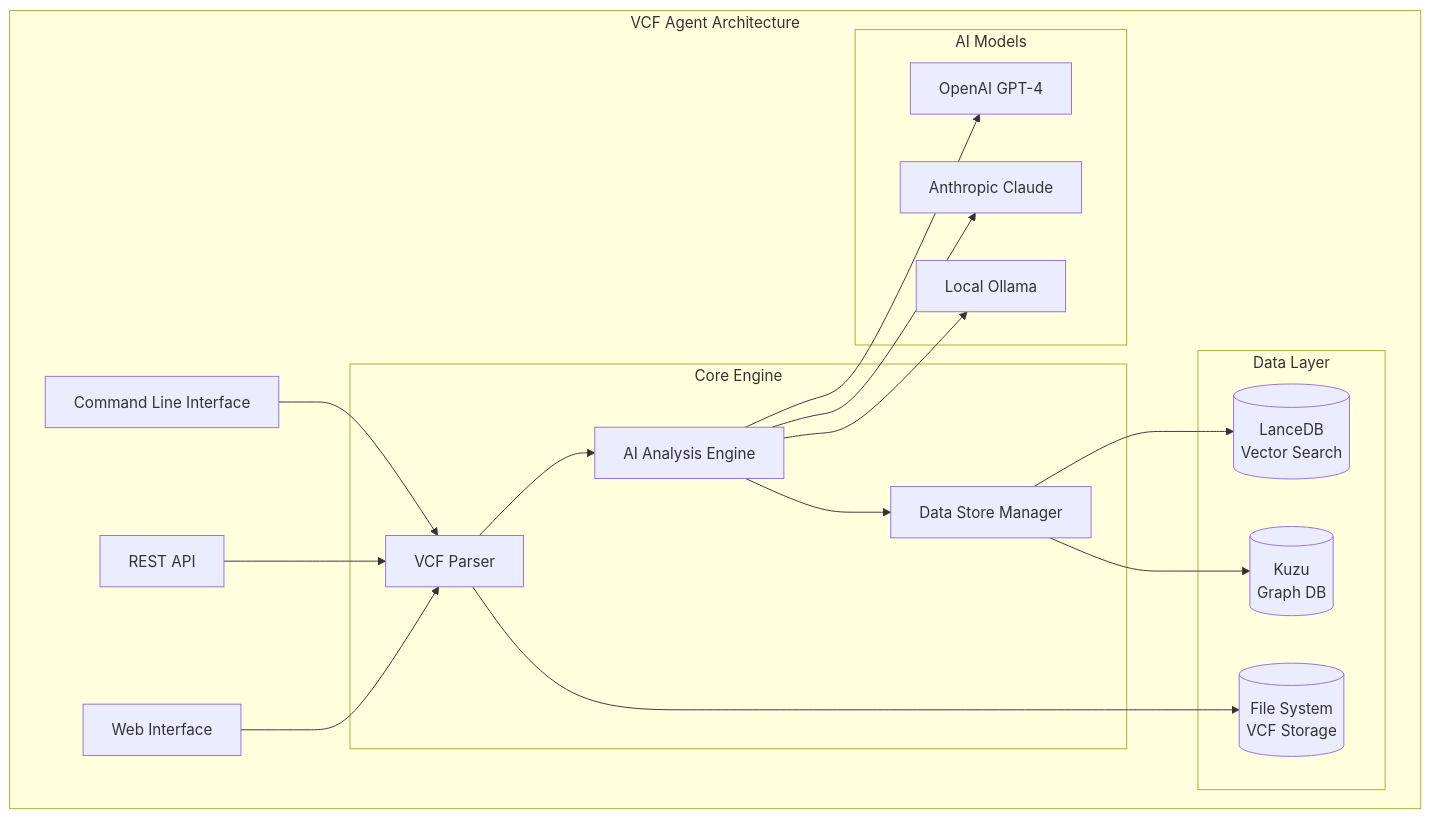
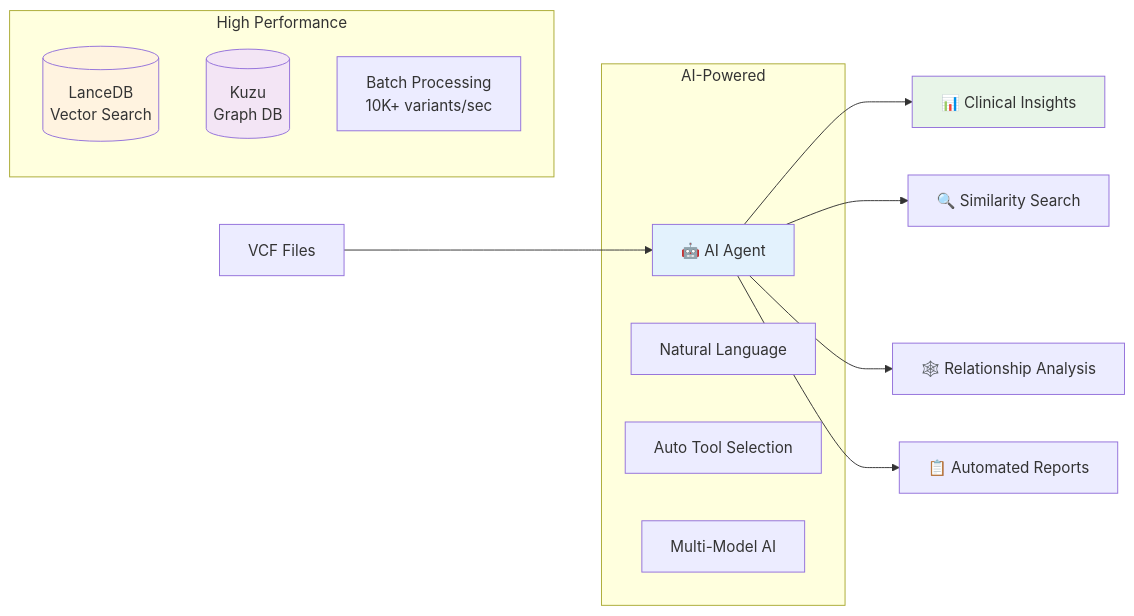
Before and after one commit to elementalcollision/vcf_analysis: the diagram in README.md, drawn with Mermaid. The commit also changed other lines of this file, not shown here.

````diff
--- a/README.md
+++ b/README.md
@@ -73,40 +37,26 @@
 ```mermaid
-graph TB
-    subgraph "VCF Agent Architecture"
-        CLI[Command Line Interface]
-        API[REST API]
-        WEB[Web Interface]
-        
-        subgraph "Core Engine"
-            VCF[VCF Parser]
-            AI[AI Analysis Engine]
-            DSM[Data Store Manager]
-        end
-        
-        subgraph "Data Layer"
-            LDB[(LanceDB<br/>Vector Search)]
-            KDB[(Kuzu<br/>Graph DB)]
-            FS[(File System<br/>VCF Storage)]
-        end
-        
-        subgraph "AI Models"
-            GPT[OpenAI GPT-4]
-            CLAUDE[Anthropic Claude]
-            OLLAMA[Local Ollama]
-        end
+flowchart LR
+    VCF[VCF Files] --> AGENT[🤖 AI Agent]
+    AGENT --> INSIGHTS[📊 Clinical Insights]
+    AGENT --> SEARCH[🔍 Similarity Search]
+    AGENT --> GRAPH[🕸️ Relationship Analysis]
+    AGENT --> REPORTS[📋 Automated Reports]
+    
+    subgraph "AI-Powered"
+        AGENT
+        NLP[Natural Language]
+        AUTO[Auto Tool Selection]
+        MULTI[Multi-Model AI]
     end
     
-    CLI --> VCF
-    API --> VCF
-    WEB --> VCF
+    subgraph "High Performance"
+        LANCE[(LanceDB<br/>Vector Search)]
+        KUZU[(Kuzu<br/>Graph DB)]
+        BATCH[Batch Processing<br/>10K+ variants/sec]
+    end
     
-    VCF --> AI
-    AI --> DSM
-    DSM --> LDB
-    DSM --> KDB
-    VCF --> FS
-    
-    AI --> GPT
-    AI --> CLAUDE
-    AI --> OLLAMA
+    style AGENT fill:#e3f2fd
+    style INSIGHTS fill:#e8f5e8
+    style LANCE fill:#fff3e0
+    style KUZU fill:#f3e5f5
 ```
````
